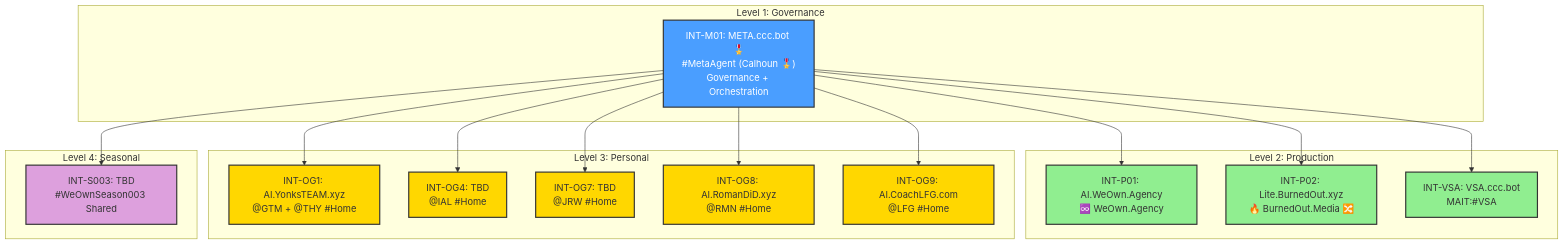
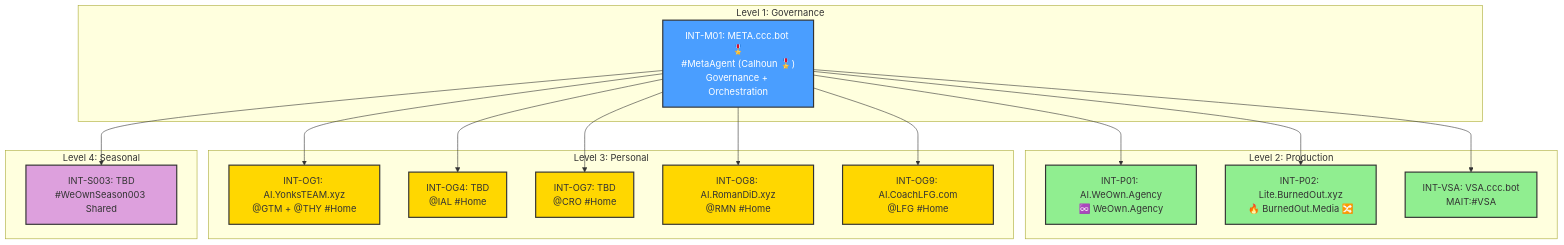
Before and after one commit to CCCbotNet/fedarch: the diagram in _SYS_/SharedKernel.md, drawn with Mermaid. The commit also changed other lines of this file, not shown here.

````diff
--- a/_SYS_/SharedKernel.md
+++ b/_SYS_/SharedKernel.md
@@ -446,45 +450,45 @@
 ```mermaid
 flowchart TB
     subgraph Level1["Level 1: Governance"]
         INTM01["INT-M01: META.ccc.bot 🎖️<br/>#MetaAgent (Calhoun 🎖️)<br/>Governance + Orchestration"]
     end
     
     subgraph Level2["Level 2: Production"]
         INTP01["INT-P01: AI.WeOwn.Agency<br/>♾️ WeOwn.Agency"]
         INTP02["INT-P02: Lite.BurnedOut.xyz<br/>🔥 BurnedOut.Media 🔀"]
         INTVSA["INT-VSA: VSA.ccc.bot<br/>MAIT:#VSA"]
     end
     
     subgraph Level3["Level 3: Personal"]
         INTOG1["INT-OG1: AI.YonksTEAM.xyz<br/>@GTM + @THY #Home"]
         INTOG4["INT-OG4: TBD<br/>@IAL #Home"]
-        INTOG7["INT-OG7: TBD<br/>@JRW #Home"]
+        INTOG7["INT-OG7: TBD<br/>@CRO #Home"]
         INTOG8["INT-OG8: AI.RomanDiD.xyz<br/>@RMN #Home"]
         INTOG9["INT-OG9: AI.CoachLFG.com<br/>@LFG #Home"]
     end
     
     subgraph Level4["Level 4: Seasonal"]
         INTS003["INT-S003: TBD<br/>#WeOwnSeason003 Shared"]
     end
     
     INTM01 --> INTP01
     INTM01 --> INTP02
     INTM01 --> INTVSA
     INTM01 --> INTOG1
     INTM01 --> INTOG4
     INTM01 --> INTOG7
     INTM01 --> INTOG8
     INTM01 --> INTOG9
     INTM01 --> INTS003
     
     style INTM01 fill:#4a9eff,stroke:#333,stroke-width:2px,color:#fff
     style INTP01 fill:#90EE90,stroke:#333,stroke-width:2px
     style INTP02 fill:#90EE90,stroke:#333,stroke-width:2px
     style INTVSA fill:#90EE90,stroke:#333,stroke-width:2px
     style INTOG1 fill:#FFD700,stroke:#333,stroke-width:2px
     style INTOG4 fill:#FFD700,stroke:#333,stroke-width:2px
     style INTOG7 fill:#FFD700,stroke:#333,stroke-width:2px
     style INTOG8 fill:#FFD700,stroke:#333,stroke-width:2px
     style INTOG9 fill:#FFD700,stroke:#333,stroke-width:2px
     style INTS003 fill:#DDA0DD,stroke:#333,stroke-width:2px
 ```
````
